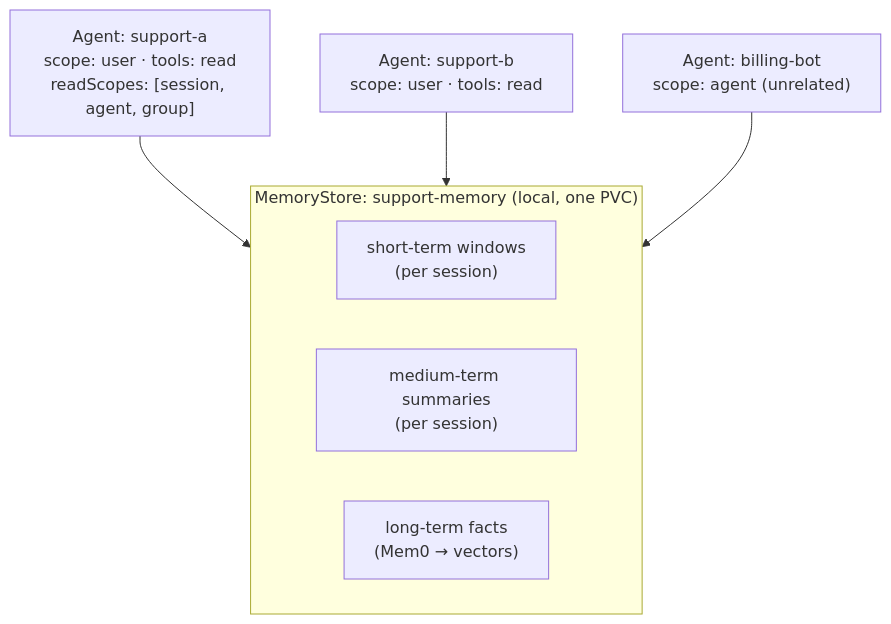
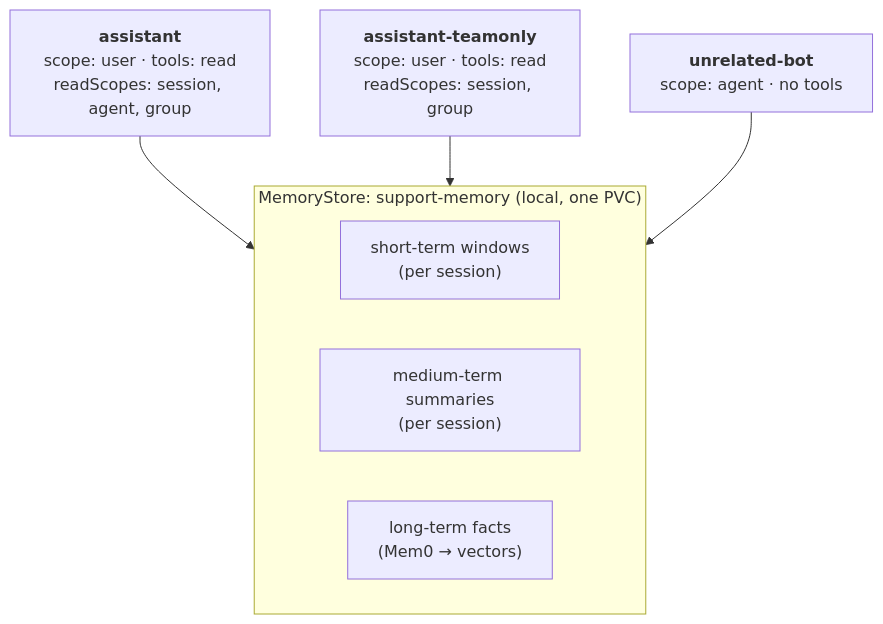
The first of 2 diagrams in memory/blog/WORKED_EXAMPLE_V2_DRAFT.md (axsaucedo/kaos-adrs), drawn with Mermaid before and after one commit. The commit also changed other lines of this file, not shown here.

First line of the commit message:
docs(memory-blog): add flow diagram, mock outputs, clearer names, and re-cut parts 2 and 3

````diff
--- a/memory/blog/WORKED_EXAMPLE_V2_DRAFT.md
+++ b/memory/blog/WORKED_EXAMPLE_V2_DRAFT.md
@@ -17,15 +17,15 @@
 ```mermaid
 graph TB
   subgraph store["MemoryStore: support-memory (local, one PVC)"]
     direction LR
     ST["short-term windows<br/>(per session)"]
     MT["medium-term summaries<br/>(per session)"]
     LT["long-term facts<br/>(Mem0 → vectors)"]
   end
-  A1["Agent: support-a<br/>scope: user · tools: read<br/>readScopes: [session, agent, group]"]
-  A2["Agent: support-b<br/>scope: user · tools: read"]
-  X["Agent: billing-bot<br/>scope: agent (unrelated)"]
+  A1["<b>assistant</b><br/>scope: user · tools: read<br/>readScopes: session, agent, group"]
+  A2["<b>assistant-teamonly</b><br/>scope: user · tools: read<br/>readScopes: session, group"]
+  X["<b>unrelated-bot</b><br/>scope: agent · no tools"]
   A1 --> store
   A2 --> store
   X --> store
 ```
````
